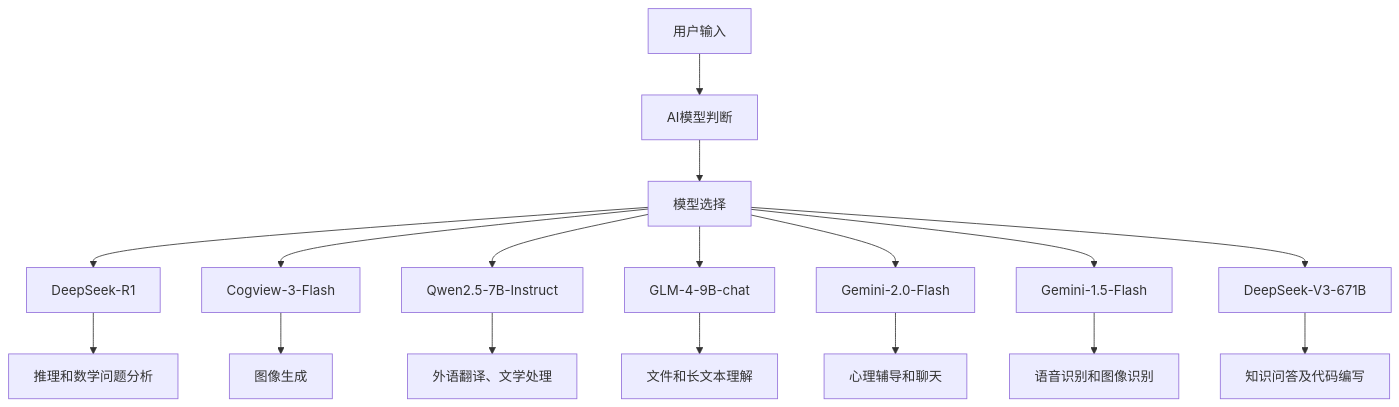
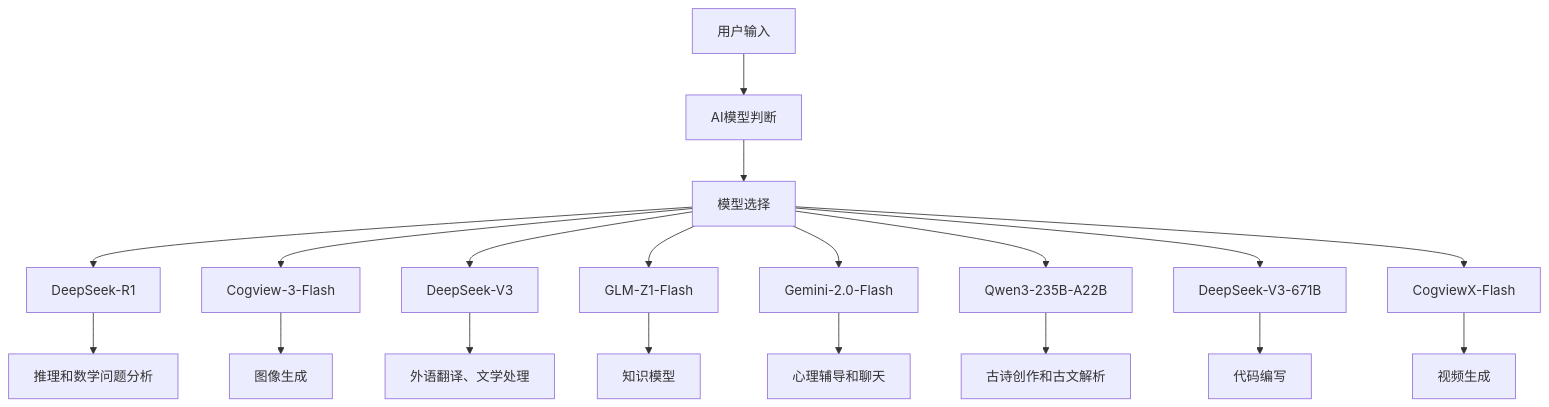
One commit to HONGHUTECHNOLOGY/Proton-AI changed the first of 3 diagrams in README.md. Above: the diagram before and after it, drawn with Mermaid. The commit also changed other lines of this file, not shown here.

````diff
--- a/README.md
+++ b/README.md
@@ -8,21 +8,23 @@
 ```mermaid
 graph TD
     A[用户输入] --> B[AI模型判断]
     B --> C[模型选择]
     
     C --> D1[DeepSeek-R1]
     C --> D2[Cogview-3-Flash]
-    C --> D3[Qwen2.5-7B-Instruct]
-    C --> D4[GLM-4-9B-chat]
+    C --> D3[DeepSeek-V3]
+    C --> D4[GLM-Z1-Flash]
     C --> D5[Gemini-2.0-Flash]
-    C --> D6[Gemini-1.5-Flash]
+    C --> D6[Qwen3-235B-A22B]
     C --> D7[DeepSeek-V3-671B]
+    C --> D8[CogviewX-Flash]
 
     D1 --> F1[推理和数学问题分析]
     D2 --> F2[图像生成]
     D3 --> F3[外语翻译、文学处理]
-    D4 --> F4[文件和长文本理解]
+    D4 --> F4[知识模型]
     D5 --> F5[心理辅导和聊天]
-    D6 --> F6[语音识别和图像识别]
-    D7 --> F7[知识问答及代码编写]
+    D6 --> F6[古诗创作和古文解析]
+    D7 --> F7[代码编写]
+    D8 --> F8[视频生成]
 ```
````
